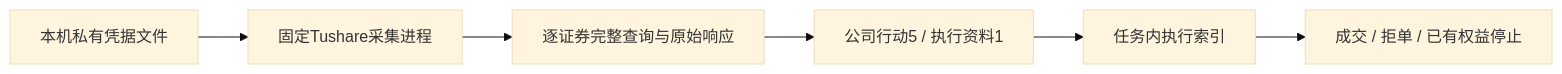
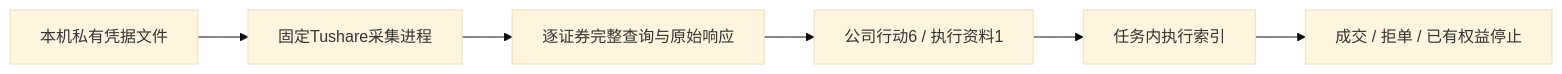
The eighth of 11 diagrams in crates/storage/README.md (Dennishaha/JFQuant), drawn with Mermaid (base theme) before and after one commit. The commit also changed other lines of this file and 47 other files, not shown here.

````diff
--- a/crates/storage/README.md
+++ b/crates/storage/README.md
@@ -279,8 +279,8 @@
 ```mermaid
 flowchart LR
   K[本机私有凭据文件] --> P[固定Tushare采集进程]
   P --> E[逐证券完整查询与原始响应]
-  E --> A[公司行动5 / 执行资料1]
+  E --> A[公司行动6 / 执行资料1]
   A --> I[任务内执行索引]
   I --> C[成交 / 拒单 / 已有权益停止]
 ```
````
